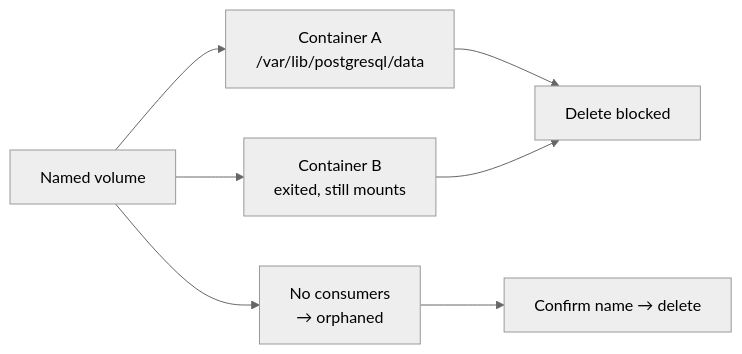
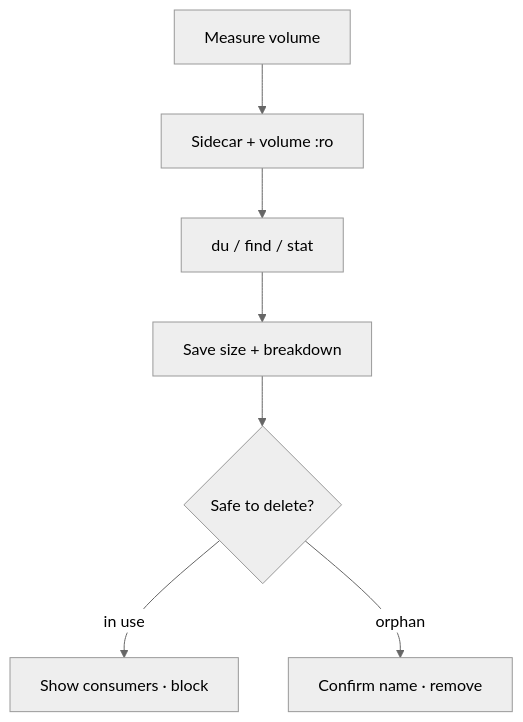
One commit to imohit159/docker-leviosa changed the second of 2 diagrams in README.md. Above: the diagram before and after it, drawn with Mermaid (neutral theme). The commit also changed other lines of this file, not shown here.

````diff
--- a/README.md
+++ b/README.md
@@ -136,10 +57,9 @@
 ```mermaid
-flowchart LR
-  V[Named volume] --> C1[Container A<br/>/var/lib/postgresql/data]
-  V --> C2[Container B<br/>exited, still mounts]
-  V --> C3[No consumers<br/>→ orphaned]
-
-  C1 --> Block[Delete blocked]
-  C2 --> Block
-  C3 --> Ask[Confirm name → delete]
+flowchart TD
+  Scan[Measure volume] --> Mount[Sidecar + volume :ro]
+  Mount --> Walk[du / find / stat]
+  Walk --> Store[Save size + breakdown]
+  Store --> Decide{Safe to delete?}
+  Decide -->|in use| Block[Show consumers · block]
+  Decide -->|orphan| Confirm[Confirm name · remove]
 ```
````
